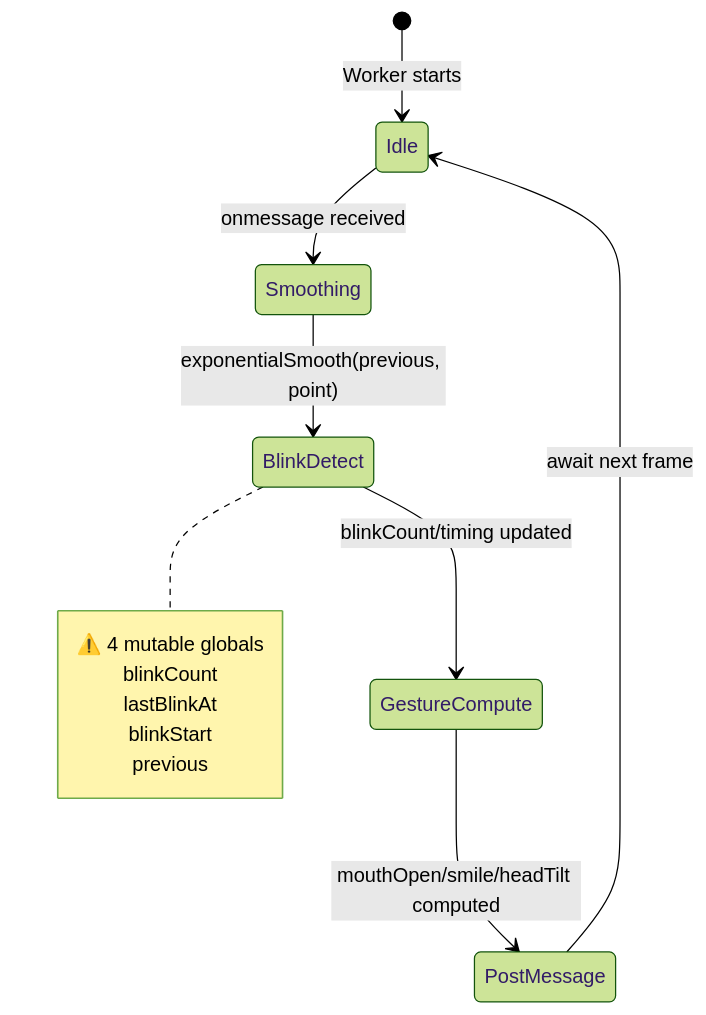
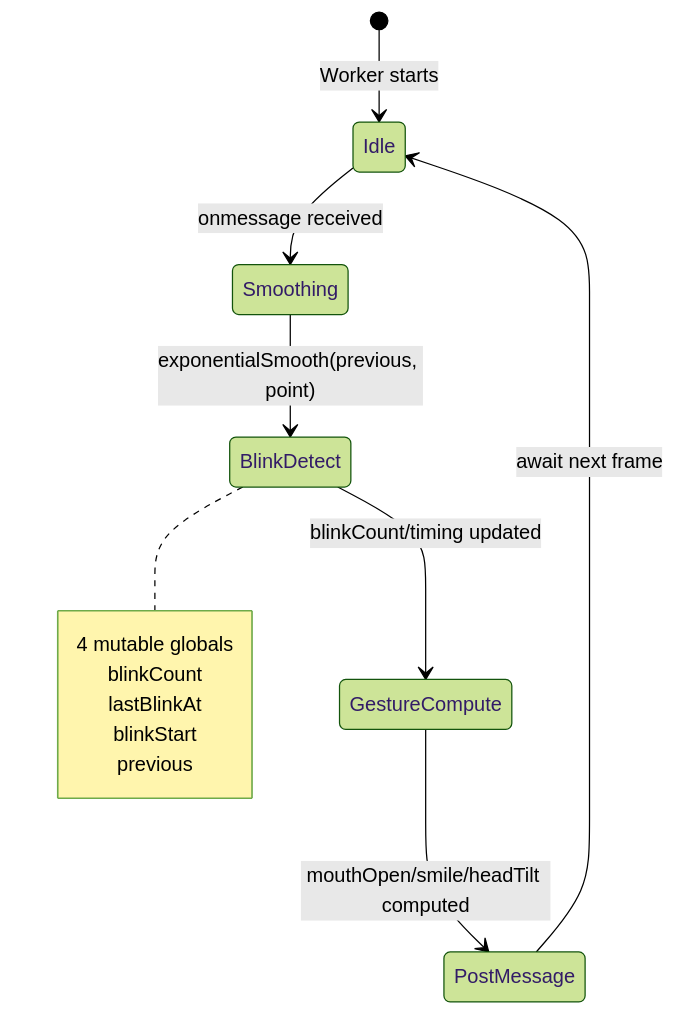
The first of 2 diagrams in .github/ISSUE_TEMPLATE/srp-6-cleanup-trackingworker.md (aadibhat09/NodCursor), drawn with Mermaid (forest theme) before and after one commit. The commit also changed other lines of this file and 17 other files, not shown here.

````diff
--- a/.github/ISSUE_TEMPLATE/srp-6-cleanup-trackingworker.md
+++ b/.github/ISSUE_TEMPLATE/srp-6-cleanup-trackingworker.md
@@ -17,17 +17,17 @@
 ```mermaid
 stateDiagram-v2
   [*] --> Idle : Worker starts
   Idle --> Smoothing : onmessage received
   Smoothing --> BlinkDetect : exponentialSmooth(previous, point)
   BlinkDetect --> GestureCompute : blinkCount/timing updated
   GestureCompute --> PostMessage : mouthOpen/smile/headTilt computed
   PostMessage --> Idle : await next frame
 
   note right of BlinkDetect
-    ⚠️ 4 mutable globals
+     4 mutable globals
     blinkCount
     lastBlinkAt
     blinkStart
     previous
   end note
 ```
````
